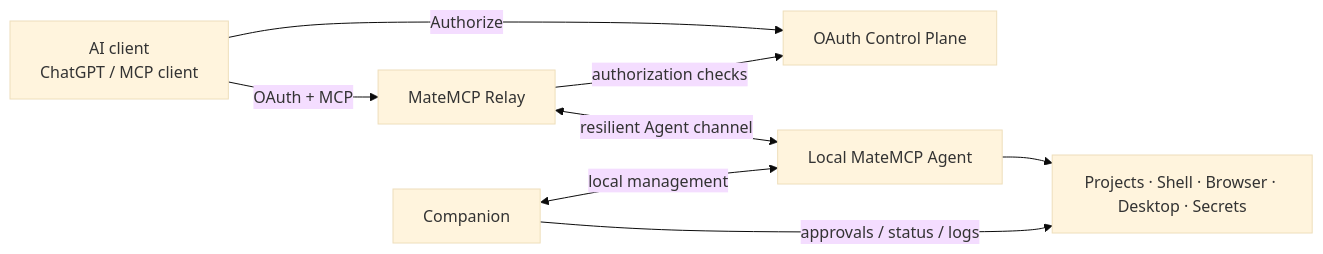
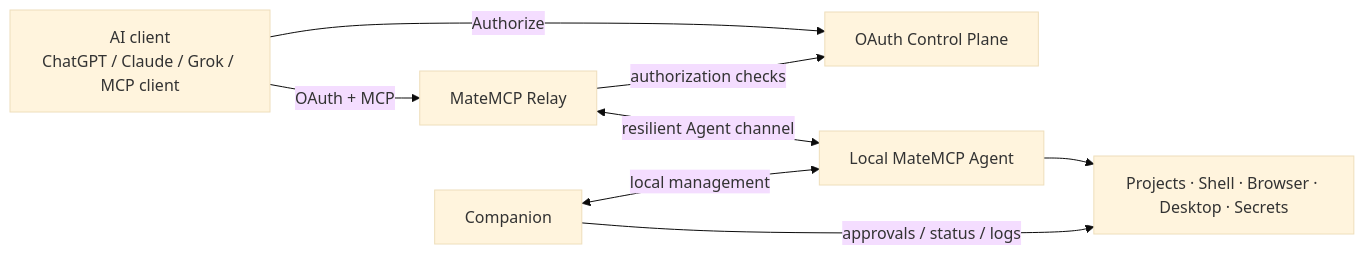
Before and after one commit to vrassouli/MateMCP: the diagram in README.md, drawn with Mermaid (base theme). The commit also changed other lines of this file, not shown here.

````diff
--- a/README.md
+++ b/README.md
@@ -25,17 +37,17 @@
 ```mermaid
 flowchart LR
-    AI[AI client\nChatGPT / MCP client]
+    AI[AI client\nChatGPT / Claude / Grok / MCP client]
     Relay[MateMCP Relay]
     API[OAuth Control Plane]
     Agent[Local MateMCP Agent]
     Companion[Companion]
     Machine[Projects · Shell · Browser · Desktop · Secrets]
 
     AI -->|OAuth + MCP| Relay
     AI -->|Authorize| API
     Relay <-->|resilient Agent channel| Agent
     Agent --> Machine
     Companion <-->|local management| Agent
     Companion -->|approvals / status / logs| Machine
     Relay -->|authorization checks| API
 ```
````
